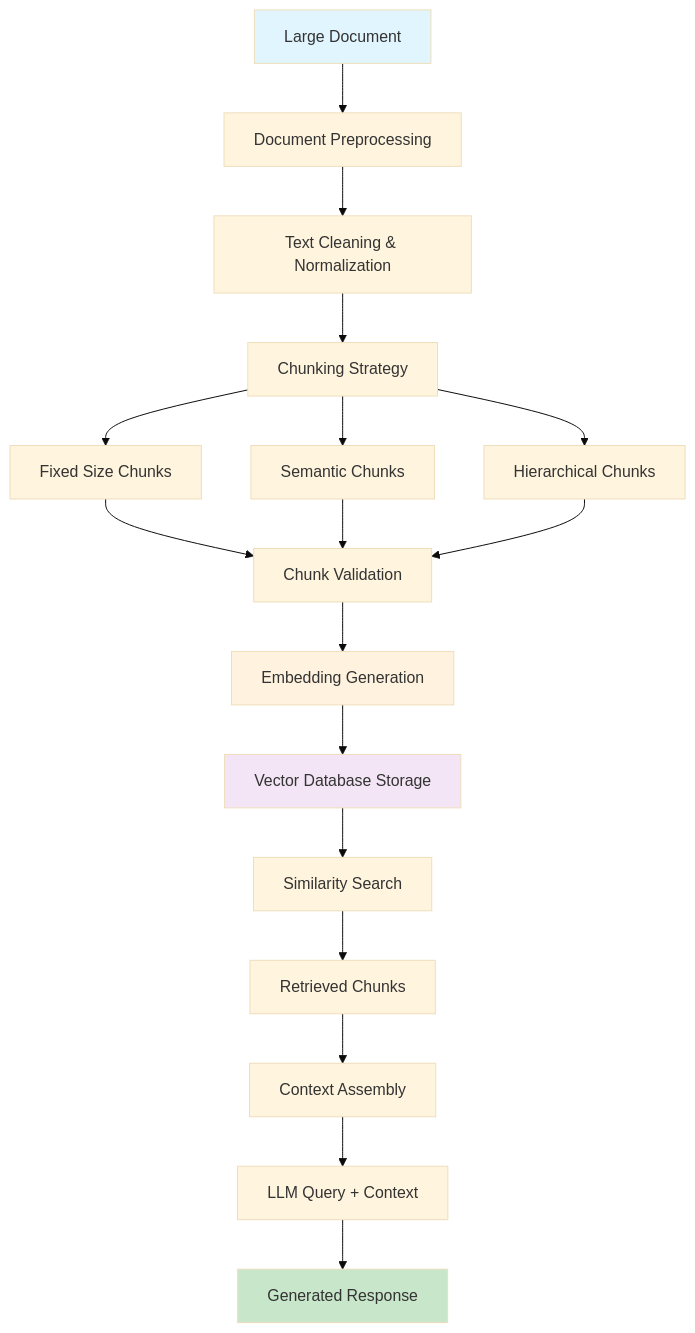
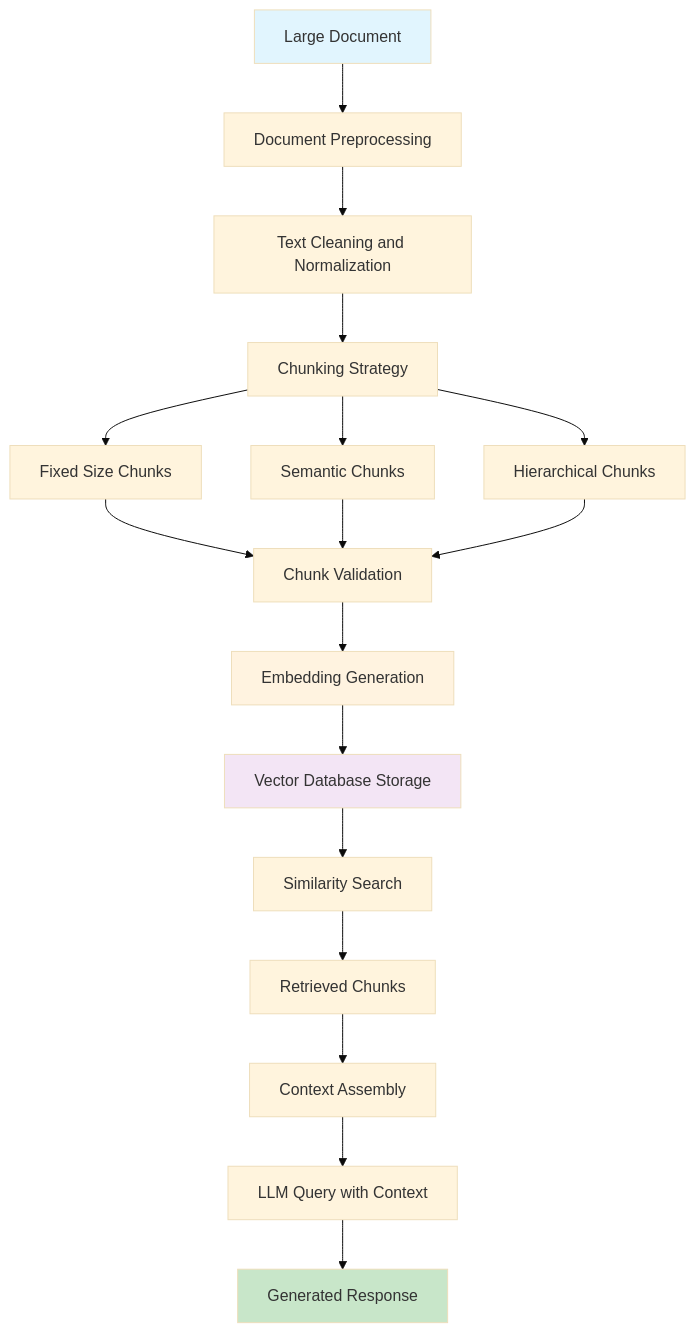
The diagram in docs/chunking.md (sreekarun/GenAIPatterns), drawn with Mermaid (base theme) before and after one commit.

Commit message:
Fix mermaid graph syntax errors by removing special characters

````diff
--- a/docs/chunking.md
+++ b/docs/chunking.md
@@ -11,24 +11,24 @@
 ```mermaid
 graph TD
     A[Large Document] --> B[Document Preprocessing]
-    B --> C[Text Cleaning & Normalization]
+    B --> C[Text Cleaning and Normalization]
     C --> D[Chunking Strategy]
     D --> E[Fixed Size Chunks]
     D --> F[Semantic Chunks]
     D --> G[Hierarchical Chunks]
     E --> H[Chunk Validation]
     F --> H
     G --> H
     H --> I[Embedding Generation]
     I --> J[Vector Database Storage]
     J --> K[Similarity Search]
     K --> L[Retrieved Chunks]
     L --> M[Context Assembly]
-    M --> N[LLM Query + Context]
+    M --> N[LLM Query with Context]
     N --> O[Generated Response]
 
     style A fill:#e1f5fe
     style O fill:#c8e6c9
     style I fill:#fff3e0
     style J fill:#f3e5f5
 ```
````
